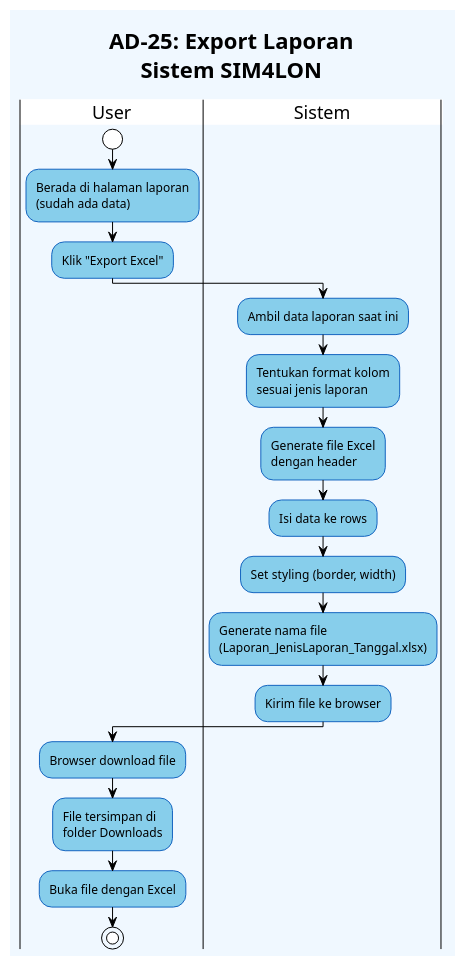
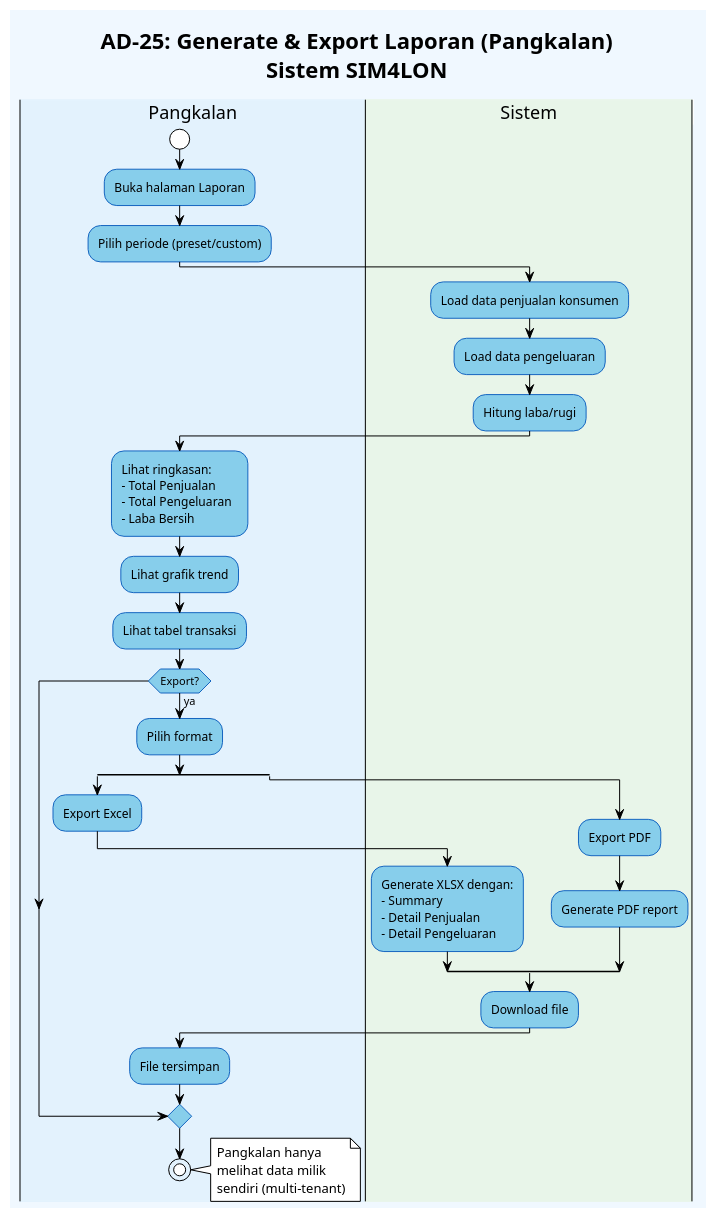
The diagram in diagrams/AD_25_ExportLaporan.puml (xinnxz/sim4lon), drawn with PlantUML before and after one commit. The commit also changed 75 other files, not shown here.

```diff
--- a/diagrams/AD_25_ExportLaporan.puml
+++ b/diagrams/AD_25_ExportLaporan.puml
@@ -1,31 +1,61 @@
-@startuml AD_25_ExportLaporan
+@startuml AD_25_LaporanPangkalan
 !theme plain
 skinparam backgroundColor #f0f8ff
 skinparam ActivityBackgroundColor #87CEEB
 skinparam ActivityBorderColor #1565c0
 skinparam PartitionBackgroundColor #e3f2fd
 skinparam PartitionBorderColor #1565c0
 
-title **AD-25: Export Laporan**\nSistem SIM4LON
+title **AD-25: Generate & Export Laporan (Pangkalan)**\nSistem SIM4LON
 
-|User|
+|#e3f2fd|Pangkalan|
 start
-:Berada di halaman laporan\n(sudah ada data);
-:Klik "Export Excel";
+:Buka halaman Laporan;
+:Pilih periode (preset/custom);
 
-|Sistem|
-:Ambil data laporan saat ini;
-:Tentukan format kolom\nsesuai jenis laporan;
-:Generate file Excel\ndengan header;
-:Isi data ke rows;
-:Set styling (border, width);
-:Generate nama file\n(Laporan_JenisLaporan_Tanggal.xlsx);
-:Kirim file ke browser;
+|#e8f5e9|Sistem|
+:Load data penjualan konsumen;
+:Load data pengeluaran;
+:Hitung laba/rugi;
 
-|User|
-:Browser download file;
-:File tersimpan di\nfolder Downloads;
-:Buka file dengan Excel;
+|Pangkalan|
+:Lihat ringkasan:
+- Total Penjualan
+- Total Pengeluaran  
+- Laba Bersih;
+
+:Lihat grafik trend;
+:Lihat tabel transaksi;
+
+if (Export?) then (ya)
+    :Pilih format;
+    
+    split
+        :Export Excel;
+        |Sistem|
+        :Generate XLSX dengan:
+        - Summary
+        - Detail Penjualan
+        - Detail Pengeluaran;
+    split again
+        :Export PDF;
+        |Sistem|
+        :Generate PDF report;
+    end split
+    
+    |Sistem|
+    :Download file;
+    
+    |Pangkalan|
+    :File tersimpan;
+endif
+
 stop
 
+note right
+  Pangkalan hanya
+  melihat data milik
+  sendiri (multi-tenant)
+end note
+
 @enduml
```
